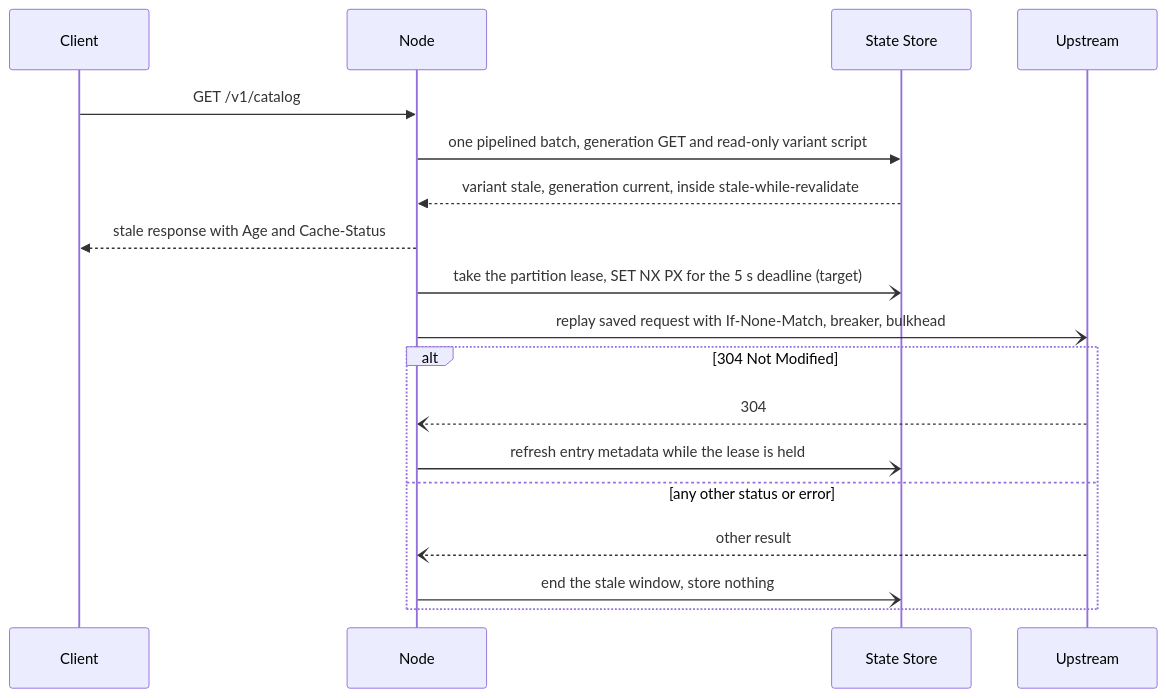
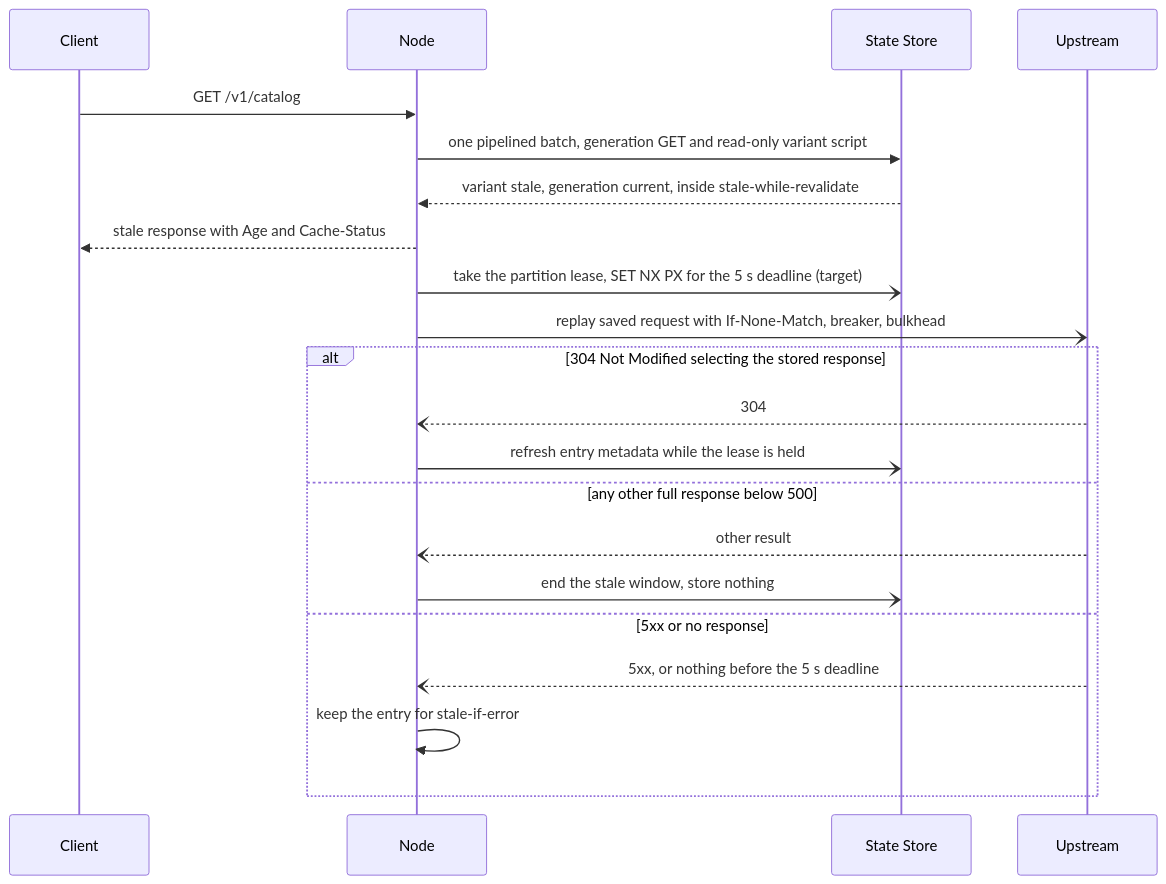
One commit to ravindu-rev/ruralz changed the fourth of 4 diagrams in docs/architecture/09-traffic-management-and-resilience.md. Above: the diagram before and after it, drawn with Mermaid. The commit also changed other lines of this file and 16 other files, not shown here.

````diff
--- a/docs/architecture/09-traffic-management-and-resilience.md
+++ b/docs/architecture/09-traffic-management-and-resilience.md
@@ -401,20 +406,23 @@
 ```mermaid
 sequenceDiagram
     participant C as Client
     participant N as Node
     participant SS as State Store
     participant UP as Upstream
     C->>N: GET /v1/catalog
     N->>SS: one pipelined batch, generation GET and read-only variant script
     SS-->>N: variant stale, generation current, inside stale-while-revalidate
     N-->>C: stale response with Age and Cache-Status
     N-)SS: take the partition lease, SET NX PX for the 5 s deadline (target)
     N-)UP: replay saved request with If-None-Match, breaker, bulkhead
-    alt 304 Not Modified
+    alt 304 Not Modified selecting the stored response
         UP--)N: 304
         N-)SS: refresh entry metadata while the lease is held
-    else any other status or error
+    else any other full response below 500
         UP--)N: other result
         N-)SS: end the stale window, store nothing
+    else 5xx or no response
+        UP--)N: 5xx, or nothing before the 5 s deadline
+        N->>N: keep the entry for stale-if-error
     end
 ```
````
